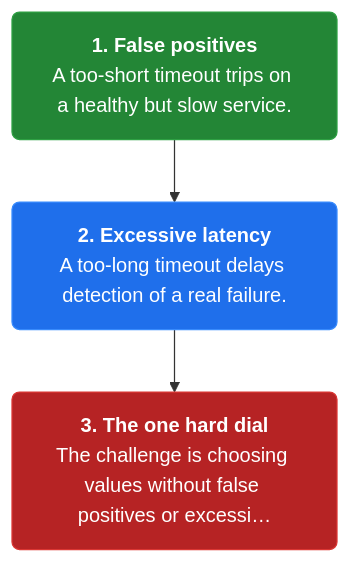
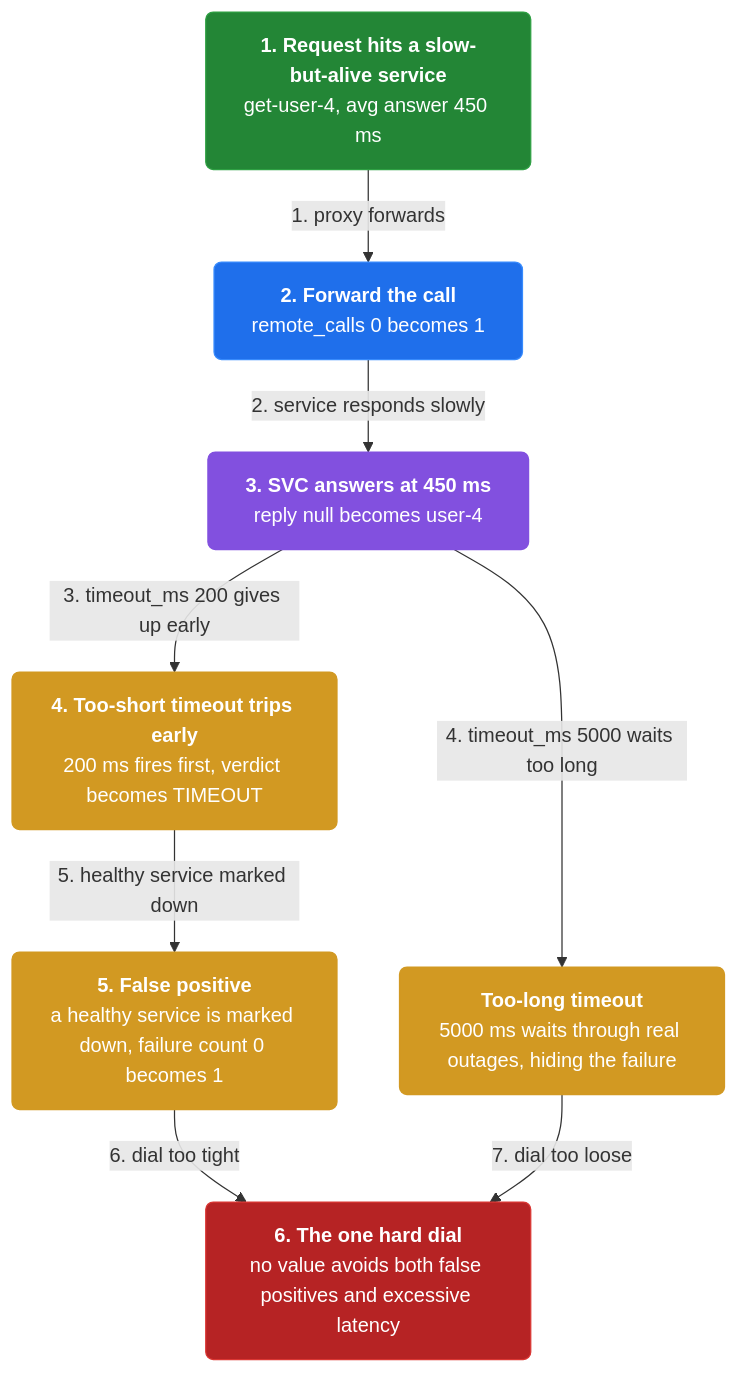
Before and after one commit to vinayakuber/microservices-io-study-guide: the fourth of 4 diagrams in docs/ch07-circuit-breaker.md, drawn with Mermaid. The commit also changed other lines of this file and 46 other files, not shown here.

First line of the commit message:
Author rich branching flow diagrams for all 44 chapters

````diff
--- a/docs/ch07-circuit-breaker.md
+++ b/docs/ch07-circuit-breaker.md
@@ -129,11 +164,22 @@
 ```mermaid
 flowchart TD
-  classDef step fill:#1f6feb,color:#ffffff,stroke:#388bfd,stroke-width:1px,rx:6
+  classDef step fill:#1f6feb,color:#ffffff,stroke:#388bfd,rx:6
+  classDef core fill:#8250df,color:#ffffff,stroke:#8250df,rx:6
+  classDef warn fill:#d29922,color:#ffffff,stroke:#d29922,rx:6
   classDef start fill:#238636,color:#ffffff,stroke:#2ea043,rx:6
   classDef stop fill:#b62324,color:#ffffff,stroke:#da3633,rx:6
-  s3n0["<b>1. False positives</b><br/>A too-short timeout trips on a healthy but slow service."]:::start
-  s3n1["<b>2. Excessive latency</b><br/>A too-long timeout delays detection of a real failure."]:::step
-  s3n2["<b>3. The one hard dial</b><br/>The challenge is choosing values without false positives or excessi…"]:::stop
-  s3n0 --> s3n1
-  s3n1 --> s3n2
+  n0["<b>1. Request hits a slow-but-alive service</b><br/>get-user-4, avg answer 450 ms"]:::start
+  n1["<b>2. Forward the call</b><br/>remote_calls 0 becomes 1"]:::step
+  n2["<b>3. SVC answers at 450 ms</b><br/>reply null becomes user-4"]:::core
+  n3["<b>4. Too-short timeout trips early</b><br/>200 ms fires first, verdict becomes TIMEOUT"]:::warn
+  n4["<b>5. False positive</b><br/>a healthy service is marked down, failure count 0 becomes 1"]:::warn
+  n5["<b>Too-long timeout</b><br/>5000 ms waits through real outages, hiding the failure"]:::warn
+  n6["<b>6. The one hard dial</b><br/>no value avoids both false positives and excessive latency"]:::stop
+  n0 -->|"1. proxy forwards"| n1
+  n1 -->|"2. service responds slowly"| n2
+  n2 -->|"3. timeout_ms 200 gives up early"| n3
+  n2 -->|"4. timeout_ms 5000 waits too long"| n5
+  n3 -->|"5. healthy service marked down"| n4
+  n4 -->|"6. dial too tight"| n6
+  n5 -->|"7. dial too loose"| n6
 ```
````
